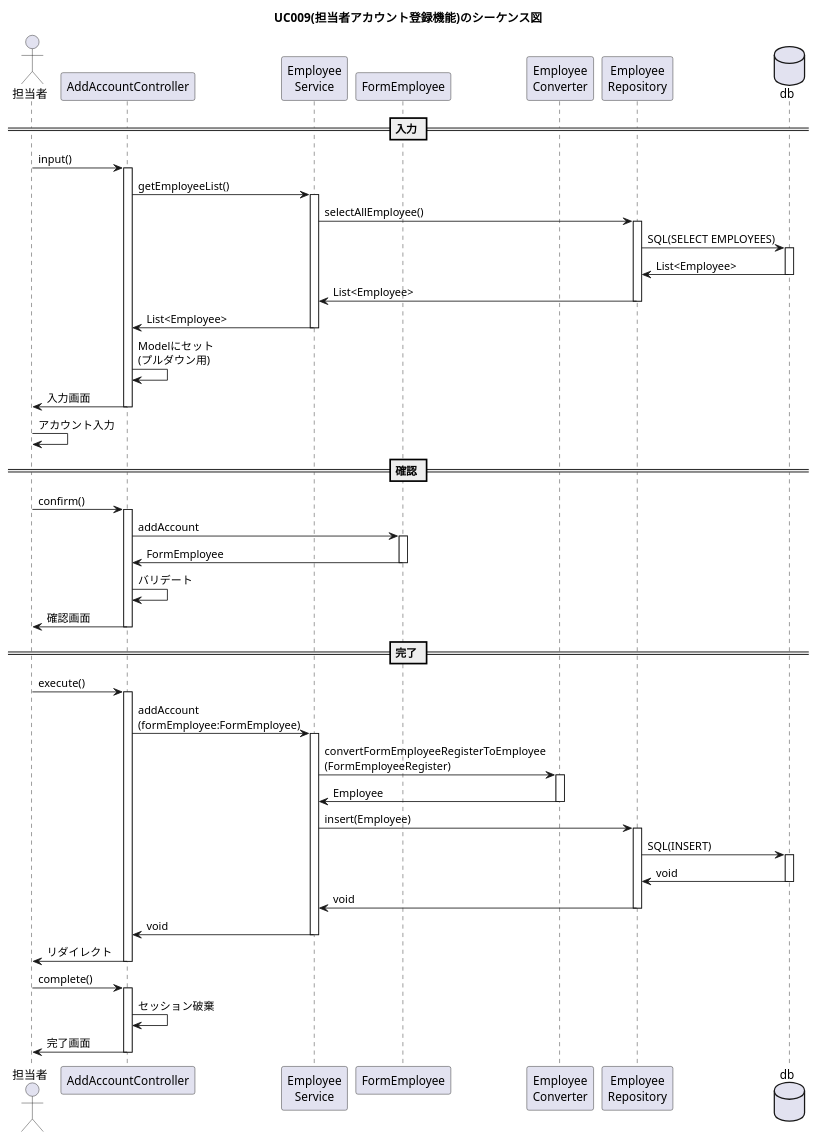
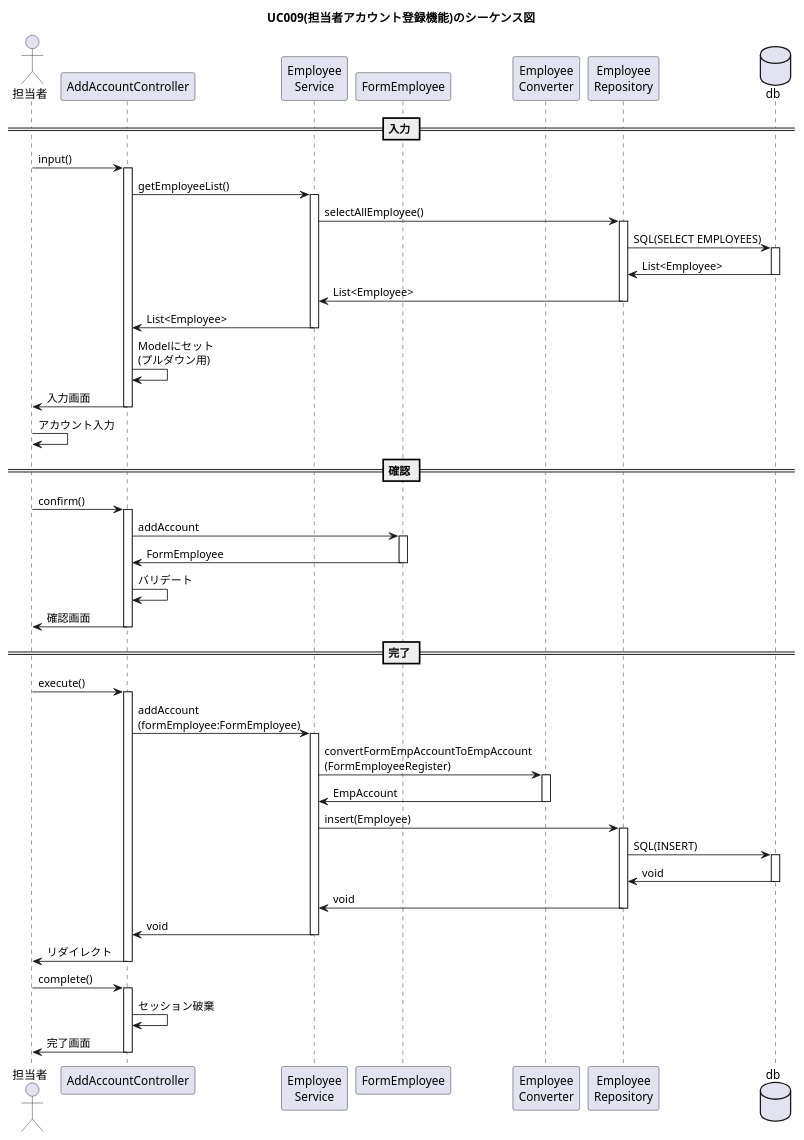
One commit to kanavii3333/ec-b changed the diagram in plan/uml/sequence/uc009.plantuml. Above: the diagram before and after it, drawn with PlantUML. The commit also changed 13 other files, not shown here.

Commit message:
単体テスト　ファイル名変更　シーケンス図変更

```diff
--- a/plan/uml/sequence/uc009.plantuml
+++ b/plan/uml/sequence/uc009.plantuml
@@ -1,42 +1,42 @@
 @startuml
 
 title UC009(担当者アカウント登録機能)のシーケンス図
 actor "担当者" as user
 participant "AddAccountController" as controller
 participant "Employee\nService" as service
 participant "FormEmployee" as form
 participant "Employee\nConverter" as helper
 participant "Employee\nRepository" as repository
 database "db" as db
  == 入力 ==
 user -> controller++:input()
 controller -> service++:getEmployeeList()
 service -> repository++:selectAllEmployee()
 repository -> db++:SQL(SELECT EMPLOYEES)
 db -> repository--:List<Employee>
 repository -> service--:List<Employee>
 service -> controller--:List<Employee>
 controller -> controller:Modelにセット\n(プルダウン用)
 controller -> user--:入力画面
 user -> user:アカウント入力 
  == 確認 ==
 user -> controller++:confirm()
 controller -> form++:addAccount
 form -> controller--:FormEmployee
 controller -> controller:バリデート
 controller -> user--:確認画面
  == 完了 ==
 user -> controller++:execute()
 controller -> service++:addAccount\n(formEmployee:FormEmployee)
-service -> helper++:convertFormEmployeeRegisterToEmployee\n(FormEmployeeRegister)
-helper -> service--:Employee
+service -> helper++:convertFormEmpAccountToEmpAccount\n(FormEmployeeRegister)
+helper -> service--:EmpAccount
 service -> repository++:insert(Employee)
 repository -> db++:SQL(INSERT)
 db -> repository--:void
 repository -> service--:void
 service -> controller--:void
 controller -> user--:リダイレクト
 user -> controller++:complete()
 controller -> controller:セッション破棄
 controller -> user--:完了画面
 @enduml
```
